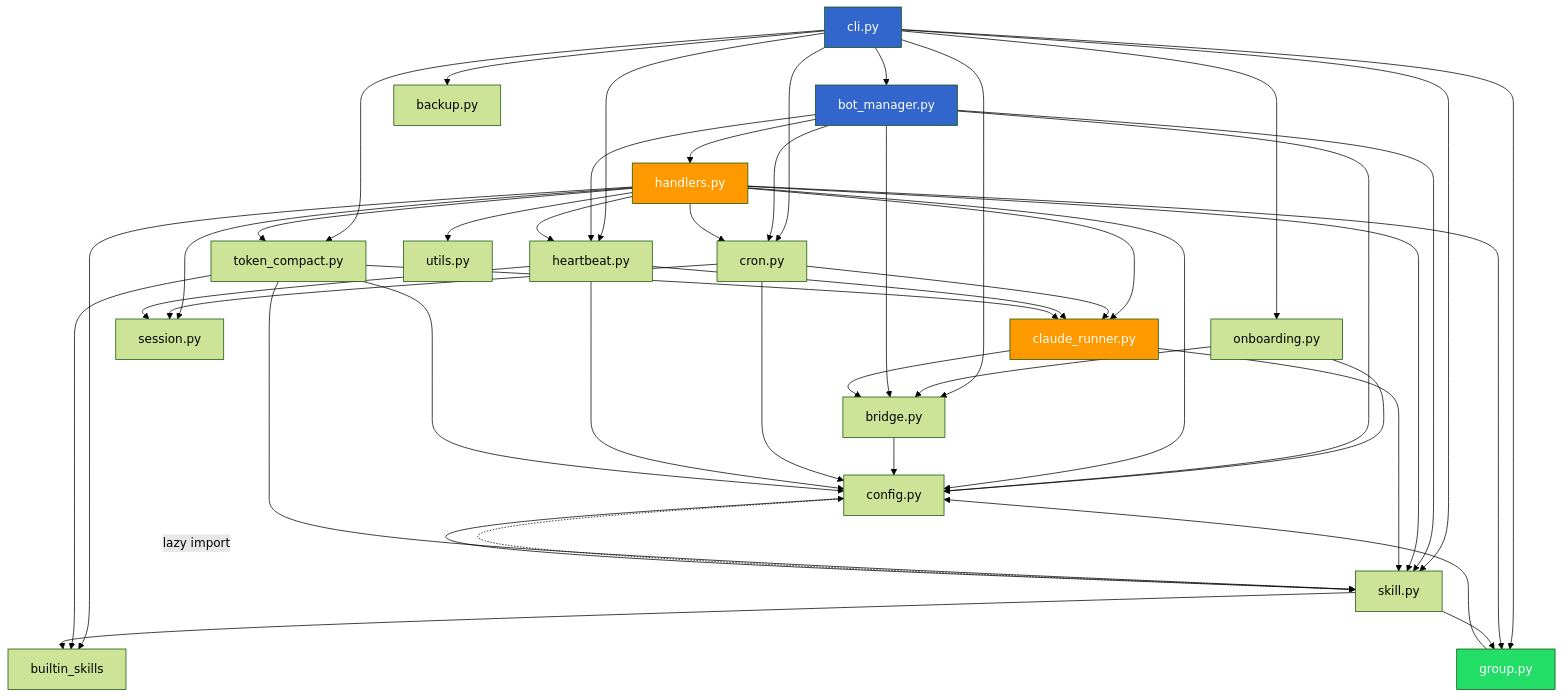
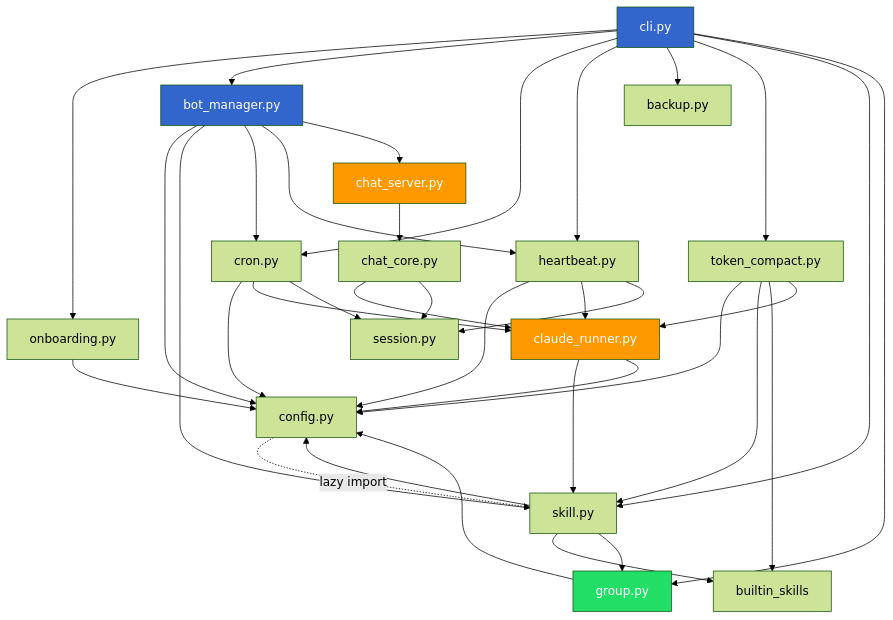
Before and after one commit to heg-wtf/abyss: the third of 9 diagrams in docs/ARCHITECTURE.md, drawn with Mermaid (forest theme). The commit also changed other lines of this file and 4 other files, not shown here.

````diff
--- a/docs/ARCHITECTURE.md
+++ b/docs/ARCHITECTURE.md
@@ -389,65 +374,53 @@
 ```mermaid
 graph TD
     CLI[cli.py] --> OB[onboarding.py]
     CLI --> BM[bot_manager.py]
-    CLI --> BR[bridge.py]
     CLI --> CRON[cron.py]
     CLI --> HB[heartbeat.py]
     CLI --> BAK[backup.py]
     CLI --> TC[token_compact.py]
     CLI --> SK[skill.py]
     CLI --> GR[group.py]
 
     OB --> CFG[config.py]
-    OB --> BR
 
     BM --> CFG
-    BM --> BR
     BM --> SK
     BM --> CRON
     BM --> HB
-    BM --> HA[handlers.py]
+    BM --> CS[chat_server.py]
 
-    HA --> CR[claude_runner.py]
-    HA --> CRON
-    HA --> HB
-    HA --> SK
-    HA --> BS[builtin_skills]
-    HA --> TC
-    HA --> SE[session.py]
-    HA --> GR
-    HA --> CFG
-    HA --> UT[utils.py]
+    CS --> CC[chat_core.py]
+    CC --> CR[claude_runner.py]
+    CC --> SE[session.py]
 
     CR --> SK
-    CR --> BR
-
-    BR --> CFG
+    CR --> CFG
 
     CRON --> CFG
     CRON --> CR
     CRON --> SE
 
     HB --> CFG
     HB --> CR
     HB --> SE
 
     TC --> CFG
     TC --> SK
-    TC --> BS
+    TC --> BS[builtin_skills]
     TC --> CR
 
     SK --> CFG
     SK --> BS
     SK --> GR
 
     GR --> CFG
 
     CFG -.->|lazy import| SK
 
     style CLI fill:#36c,color:#fff
     style BM fill:#36c,color:#fff
-    style HA fill:#f90,color:#fff
+    style CS fill:#f90,color:#fff
     style CR fill:#f90,color:#fff
     style GR fill:#2d6,color:#fff
 ```
````
